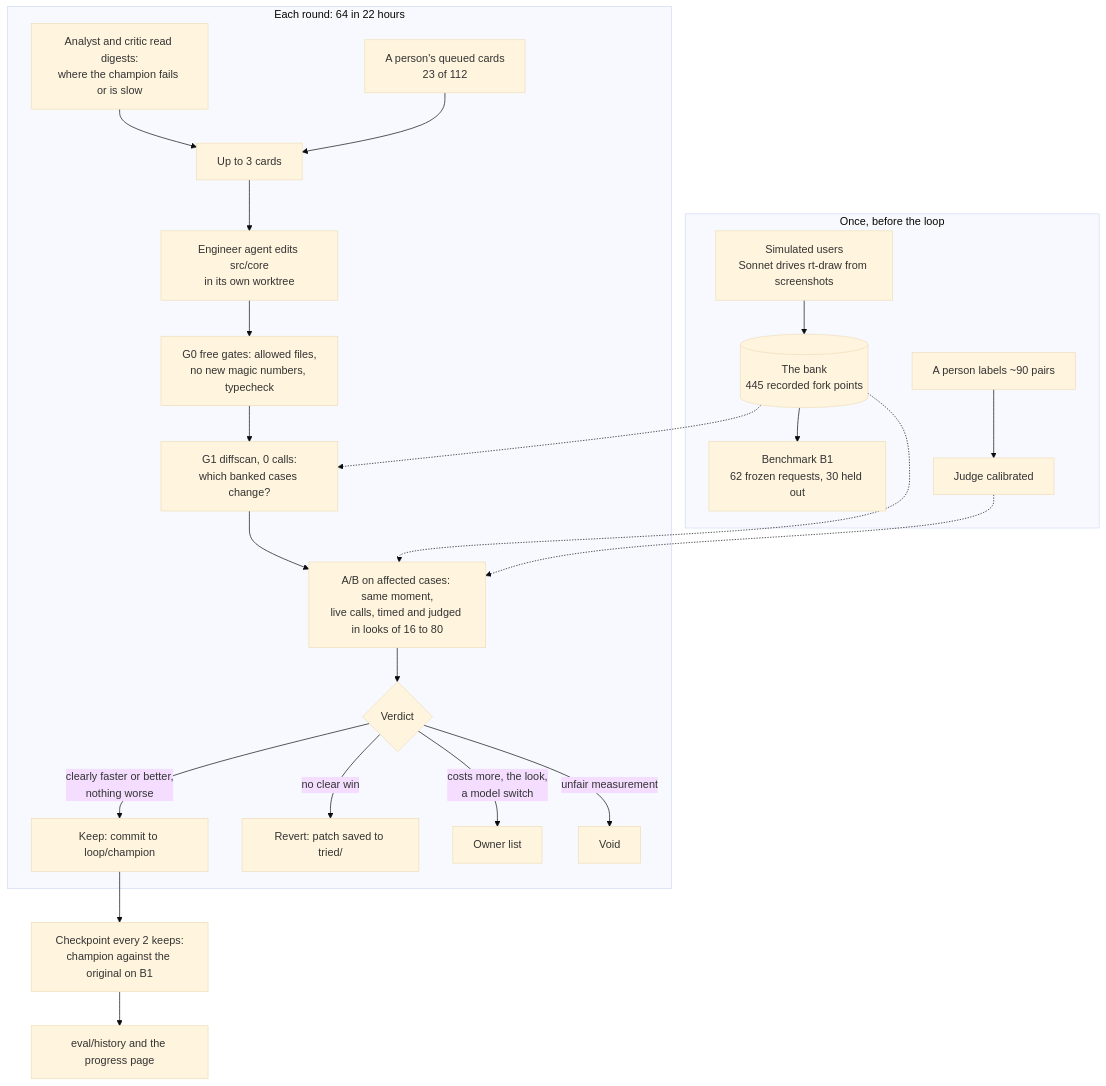
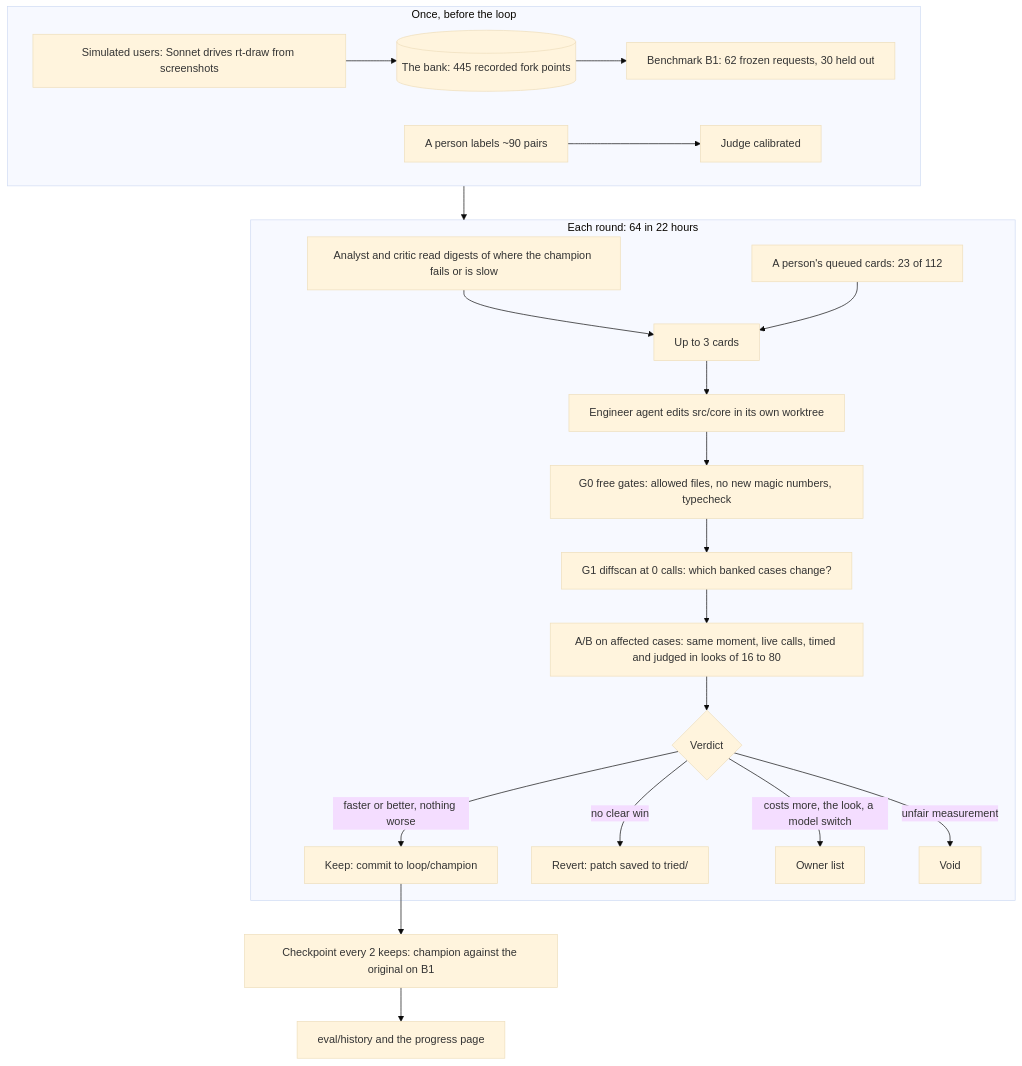
One commit to OmarSalimMoussa/rt-draw-v2 changed the diagram in evals/README.md. Above: the diagram before and after it, drawn with Mermaid (base theme).

Commit message:
Evals README: the harness diagram, shorter and wider

````diff
--- a/evals/README.md
+++ b/evals/README.md
@@ -135,26 +135,25 @@
 ```mermaid
+%%{init: {"flowchart": {"wrappingWidth": 400}}}%%
 flowchart TD
   subgraph setup["Once, before the loop"]
-    DR["Simulated users<br/>Sonnet drives rt-draw from screenshots"] --> BANK[("The bank<br/>445 recorded fork points")]
-    BANK --> B1["Benchmark B1<br/>62 frozen requests, 30 held out"]
+    direction LR
+    DR["Simulated users: Sonnet drives rt-draw from screenshots"] --> BANK[("The bank: 445 recorded fork points")] --> B1["Benchmark B1: 62 frozen requests, 30 held out"]
     LAB["A person labels ~90 pairs"] --> CAL["Judge calibrated"]
   end
   subgraph rounds["Each round: 64 in 22 hours"]
-    AN["Analyst and critic read digests:<br/>where the champion fails or is slow"] --> CARDS["Up to 3 cards"]
-    PQ["A person's queued cards<br/>23 of 112"] --> CARDS
-    CARDS --> ENG["Engineer agent edits src/core<br/>in its own worktree"]
-    ENG --> G0["G0 free gates: allowed files,<br/>no new magic numbers, typecheck"]
-    G0 --> G1["G1 diffscan, 0 calls:<br/>which banked cases change?"]
-    G1 --> AB["A/B on affected cases: same moment,<br/>live calls, timed and judged in looks of 16 to 80"]
+    AN["Analyst and critic read digests of where the champion fails or is slow"] --> CARDS["Up to 3 cards"]
+    PQ["A person's queued cards: 23 of 112"] --> CARDS
+    CARDS --> ENG["Engineer agent edits src/core in its own worktree"]
+    ENG --> G0["G0 free gates: allowed files, no new magic numbers, typecheck"]
+    G0 --> G1["G1 diffscan at 0 calls: which banked cases change?"]
+    G1 --> AB["A/B on affected cases: same moment, live calls, timed and judged in looks of 16 to 80"]
     AB --> V{"Verdict"}
-    V -->|clearly faster or better,<br/>nothing worse| KEEP["Keep: commit to loop/champion"]
-    V -->|no clear win| REV["Revert: patch saved to tried/"]
-    V -->|costs more, the look,<br/>a model switch| OWN["Owner list"]
-    V -->|unfair measurement| VOID["Void"]
+    V -->|"faster or better, nothing worse"| KEEP["Keep: commit to loop/champion"]
+    V -->|"no clear win"| REV["Revert: patch saved to tried/"]
+    V -->|"costs more, the look, a model switch"| OWN["Owner list"]
+    V -->|"unfair measurement"| VOID["Void"]
   end
-  KEEP --> CK["Checkpoint every 2 keeps:<br/>champion against the original on B1"]
+  setup --> rounds
+  KEEP --> CK["Checkpoint every 2 keeps: champion against the original on B1"]
   CK --> PG["eval/history and the progress page"]
-  BANK -.-> G1
-  BANK -.-> AB
-  CAL -.-> AB
 ```
````
